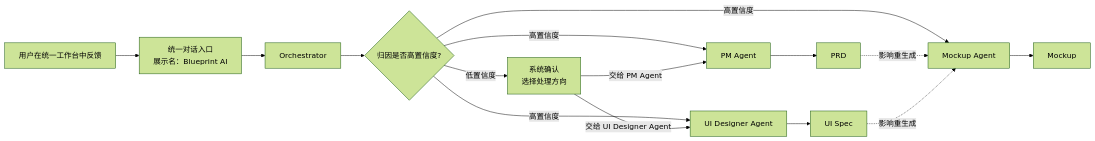
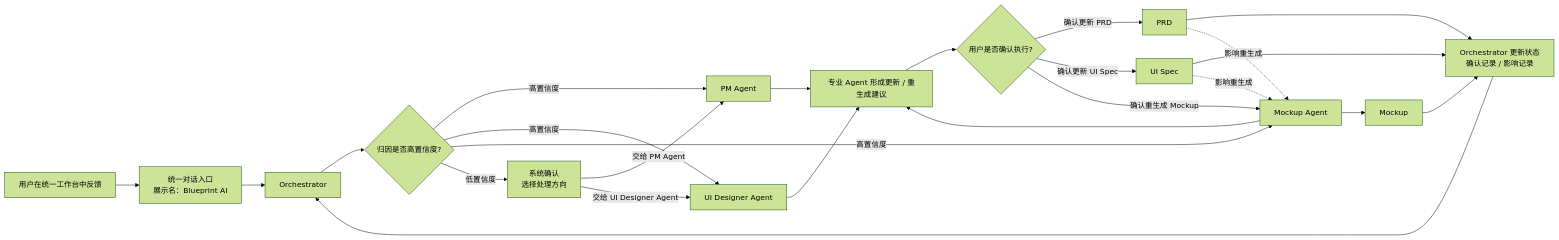
The third of 10 diagrams in .blueprint/PRD_V1.md (Jacobgxd/57Block_MVP_Builder), drawn with Mermaid (forest theme) before and after one commit. The commit also changed other lines of this file and 15 other files, not shown here.

````diff
--- a/.blueprint/PRD_V1.md
+++ b/.blueprint/PRD_V1.md
@@ -203,33 +253,48 @@
 ```mermaid
 flowchart LR
     U[用户在统一工作台中反馈]
     CHAT[统一对话入口<br/>展示名：Blueprint AI]
     ORC[Orchestrator]
     DECIDE{归因是否高置信度?}
     SYS[系统确认<br/>选择处理方向]
     PM[PM Agent]
     UID[UI Designer Agent]
     MKA[Mockup Agent]
+    PROP[专业 Agent 形成更新 / 重生成建议]
+    CONFIRM{用户是否确认执行?}
+    STATE[Orchestrator 更新状态<br/>确认记录 / 影响记录]
     PRD[PRD]
     UIS[UI Spec]
     MCK[Mockup]
 
     U --> CHAT
     CHAT --> ORC
     ORC --> DECIDE
 
     DECIDE -->|高置信度| PM
     DECIDE -->|高置信度| UID
     DECIDE -->|高置信度| MKA
     DECIDE -->|低置信度| SYS
 
     SYS -->|交给 PM Agent| PM
     SYS -->|交给 UI Designer Agent| UID
 
-    PM --> PRD
-    UID --> UIS
+    PM --> PROP
+    UID --> PROP
+    MKA --> PROP
+
+    PROP --> CONFIRM
+
+    CONFIRM -->|确认更新 PRD| PRD
+    CONFIRM -->|确认更新 UI Spec| UIS
+    CONFIRM -->|确认重生成 Mockup| MKA
     MKA --> MCK
+
+    PRD --> STATE
+    UIS --> STATE
+    MCK --> STATE
 
     PRD -.影响重生成.-> MKA
     UIS -.影响重生成.-> MKA
+    STATE --> ORC
 ```
````
